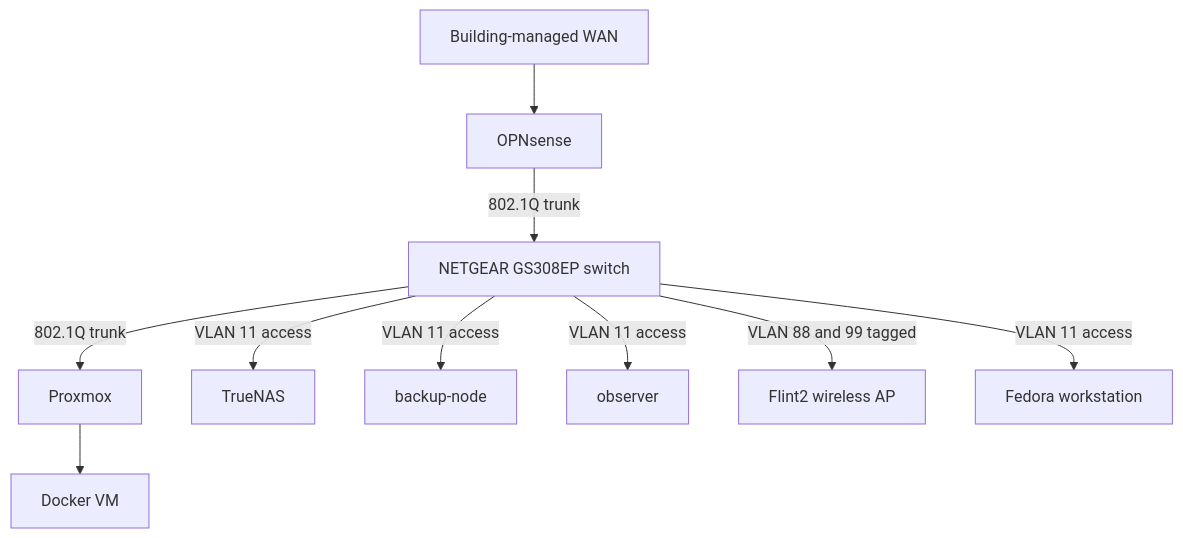
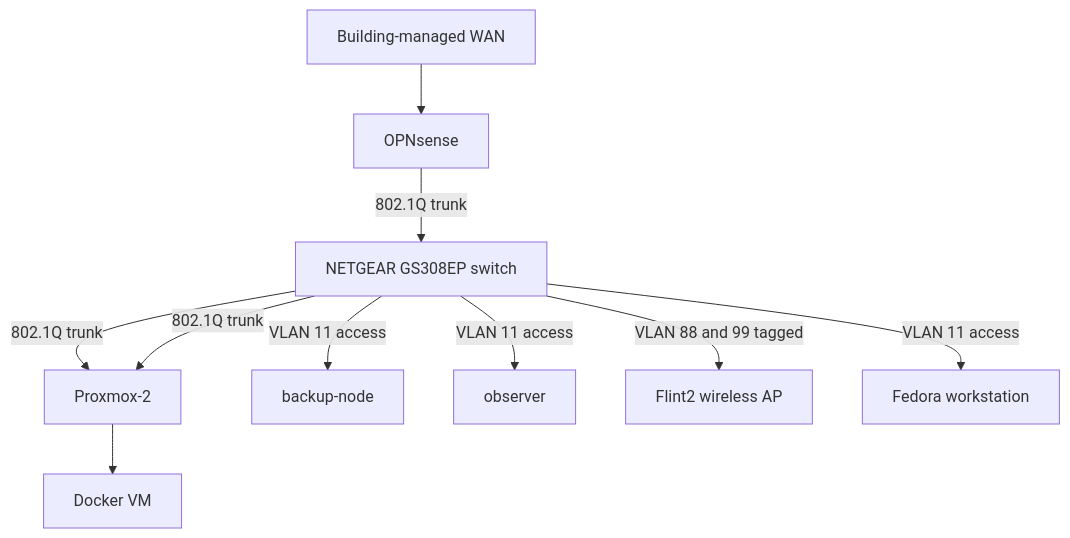
The diagram in Architecture Overview/network-topology.md (slowpoke1101/homelab), drawn with Mermaid before and after one commit. The commit also changed other lines of this file and 14 other files, not shown here.

````diff
--- a/Architecture Overview/network-topology.md
+++ b/Architecture Overview/network-topology.md
@@ -7,12 +7,12 @@
 ```mermaid
 flowchart TB
     WAN[Building-managed WAN] --> FW[OPNsense]
     FW -->|802.1Q trunk| SW[NETGEAR GS308EP switch]
-    SW -->|802.1Q trunk| PVE[Proxmox]
-    SW -->|VLAN 11 access| NAS[TrueNAS]
+    SW -->|802.1Q trunk| PVE[Proxmox-1]
+    SW -->|802.1Q trunk| PVE[Proxmox-2]
     SW -->|VLAN 11 access| Backup[backup-node]
     SW -->|VLAN 11 access| Obs[observer]
     SW -->|VLAN 88 and 99 tagged| AP[Flint2 wireless AP]
     SW -->|VLAN 11 access| Admin[Fedora workstation]
     PVE --> VM[Docker VM]
 ```
````
